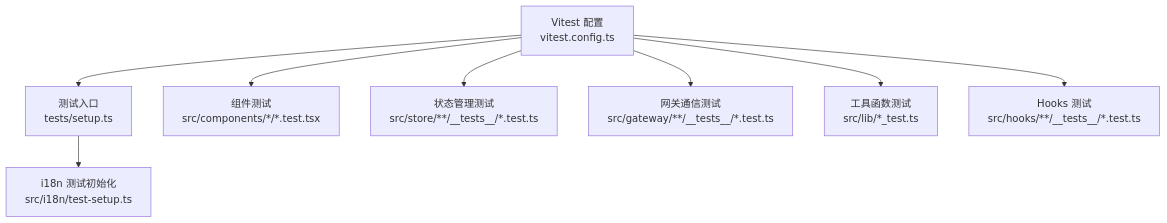
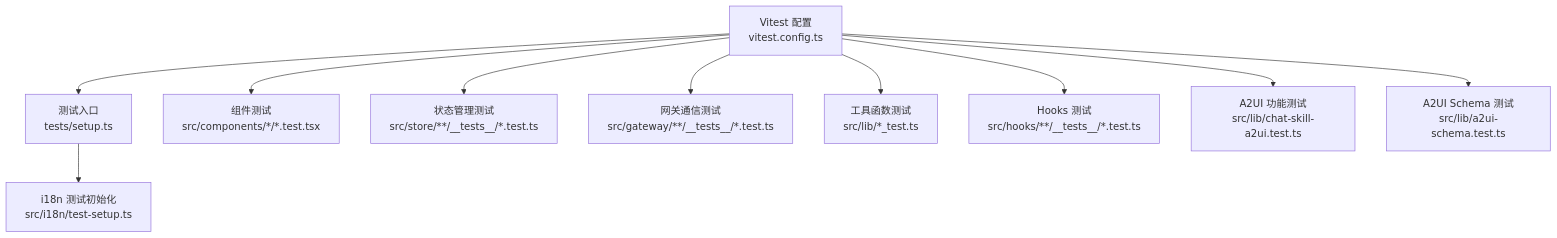
One commit to WW-AI-Lab/openclaw-office changed the first of 7 diagrams in .qoder/repowiki/zh/content/测试策略/测试策略.md. Above: the diagram before and after it, drawn with Mermaid. The commit also changed other lines of this file and 36 other files, not shown here.

````diff
--- a/.qoder/repowiki/zh/content/测试策略/测试策略.md
+++ b/.qoder/repowiki/zh/content/测试策略/测试策略.md
@@ -44,10 +52,12 @@
 ```mermaid
 graph TB
 A["Vitest 配置<br/>vitest.config.ts"] --> B["测试入口<br/>tests/setup.ts"]
 B --> C["i18n 测试初始化<br/>src/i18n/test-setup.ts"]
 A --> D["组件测试<br/>src/components/*/*.test.tsx"]
 A --> E["状态管理测试<br/>src/store/**/__tests__/*.test.ts"]
 A --> F["网关通信测试<br/>src/gateway/**/__tests__/*.test.ts"]
 A --> G["工具函数测试<br/>src/lib/*_test.ts"]
 A --> H["Hooks 测试<br/>src/hooks/**/__tests__/*.test.ts"]
+A --> I["A2UI 功能测试<br/>src/lib/chat-skill-a2ui.test.ts"]
+A --> J["A2UI Schema 测试<br/>src/lib/a2ui-schema.test.ts"]
 ```
````
